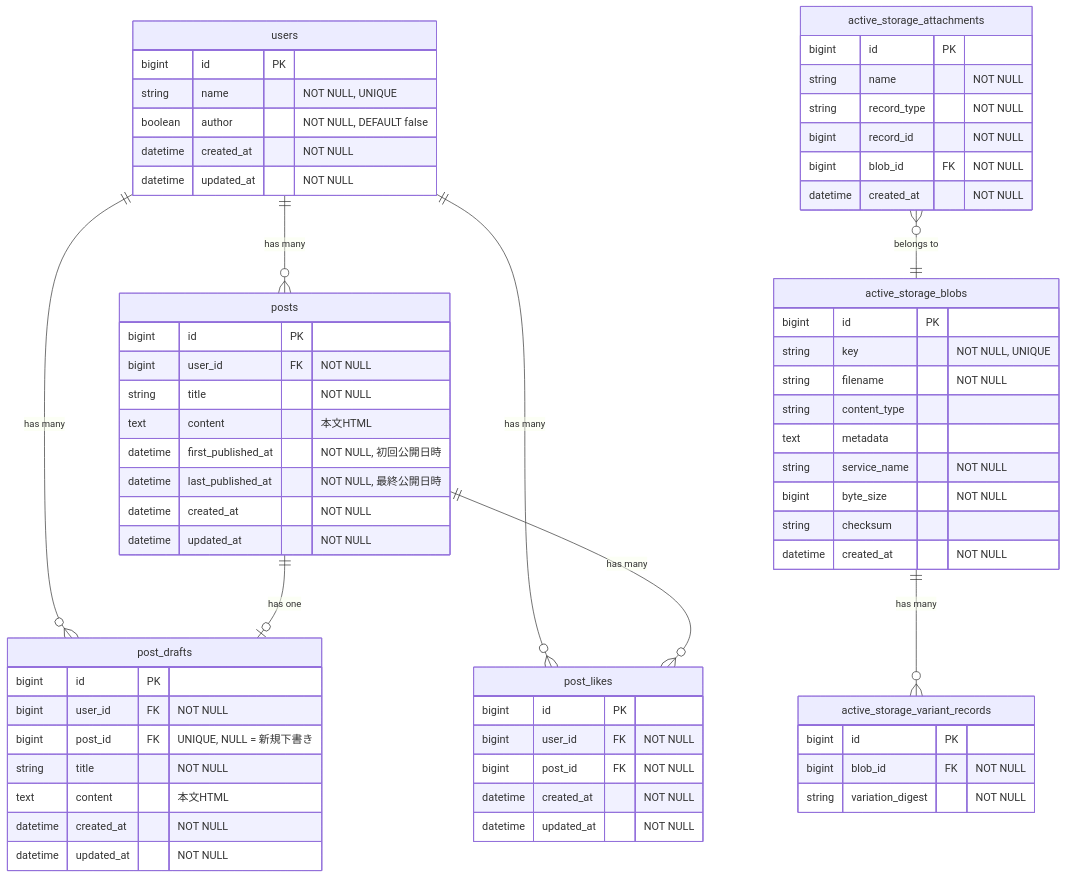
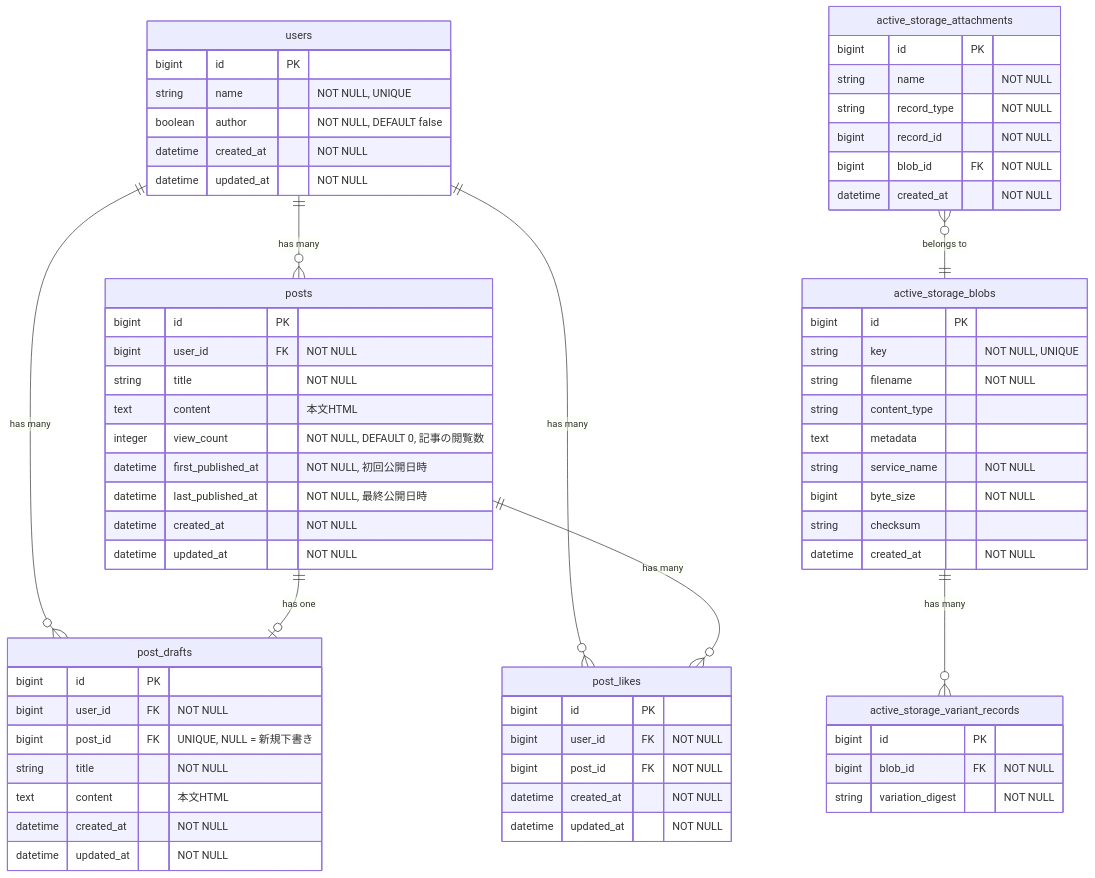
Before and after one commit to Okunichiyou/rails-blog: the diagram in docs/blogs/posts_function.md, drawn with Mermaid.

Commit message:
view_countをER図に反映(#121)

````diff
--- a/docs/blogs/posts_function.md
+++ b/docs/blogs/posts_function.md
@@ -5,74 +5,75 @@
 ```mermaid
 erDiagram
     users ||--o{ posts : "has many"
     users ||--o{ post_drafts : "has many"
     users ||--o{ post_likes : "has many"
     posts ||--o| post_drafts : "has one"
     posts ||--o{ post_likes : "has many"
     active_storage_attachments }o--|| active_storage_blobs : "belongs to"
     active_storage_blobs ||--o{ active_storage_variant_records : "has many"
 
     users {
         bigint id PK
         string name "NOT NULL, UNIQUE"
         boolean author "NOT NULL, DEFAULT false"
         datetime created_at "NOT NULL"
         datetime updated_at "NOT NULL"
     }
 
     posts {
         bigint id PK
         bigint user_id FK "NOT NULL"
         string title "NOT NULL"
         text content "本文HTML"
+        integer view_count "NOT NULL, DEFAULT 0, 記事の閲覧数"
         datetime first_published_at "NOT NULL, 初回公開日時"
         datetime last_published_at "NOT NULL, 最終公開日時"
         datetime created_at "NOT NULL"
         datetime updated_at "NOT NULL"
     }
 
     post_drafts {
         bigint id PK
         bigint user_id FK "NOT NULL"
         bigint post_id FK "UNIQUE, NULL = 新規下書き"
         string title "NOT NULL"
         text content "本文HTML"
         datetime created_at "NOT NULL"
         datetime updated_at "NOT NULL"
     }
 
     post_likes {
         bigint id PK
         bigint user_id FK "NOT NULL"
         bigint post_id FK "NOT NULL"
         datetime created_at "NOT NULL"
         datetime updated_at "NOT NULL"
     }
 
     active_storage_attachments {
         bigint id PK
         string name "NOT NULL"
         string record_type "NOT NULL"
         bigint record_id "NOT NULL"
         bigint blob_id FK "NOT NULL"
         datetime created_at "NOT NULL"
     }
 
     active_storage_blobs {
         bigint id PK
         string key "NOT NULL, UNIQUE"
         string filename "NOT NULL"
         string content_type
         text metadata
         string service_name "NOT NULL"
         bigint byte_size "NOT NULL"
         string checksum
         datetime created_at "NOT NULL"
     }
 
     active_storage_variant_records {
         bigint id PK
         bigint blob_id FK "NOT NULL"
         string variation_digest "NOT NULL"
     }
 ```
````
